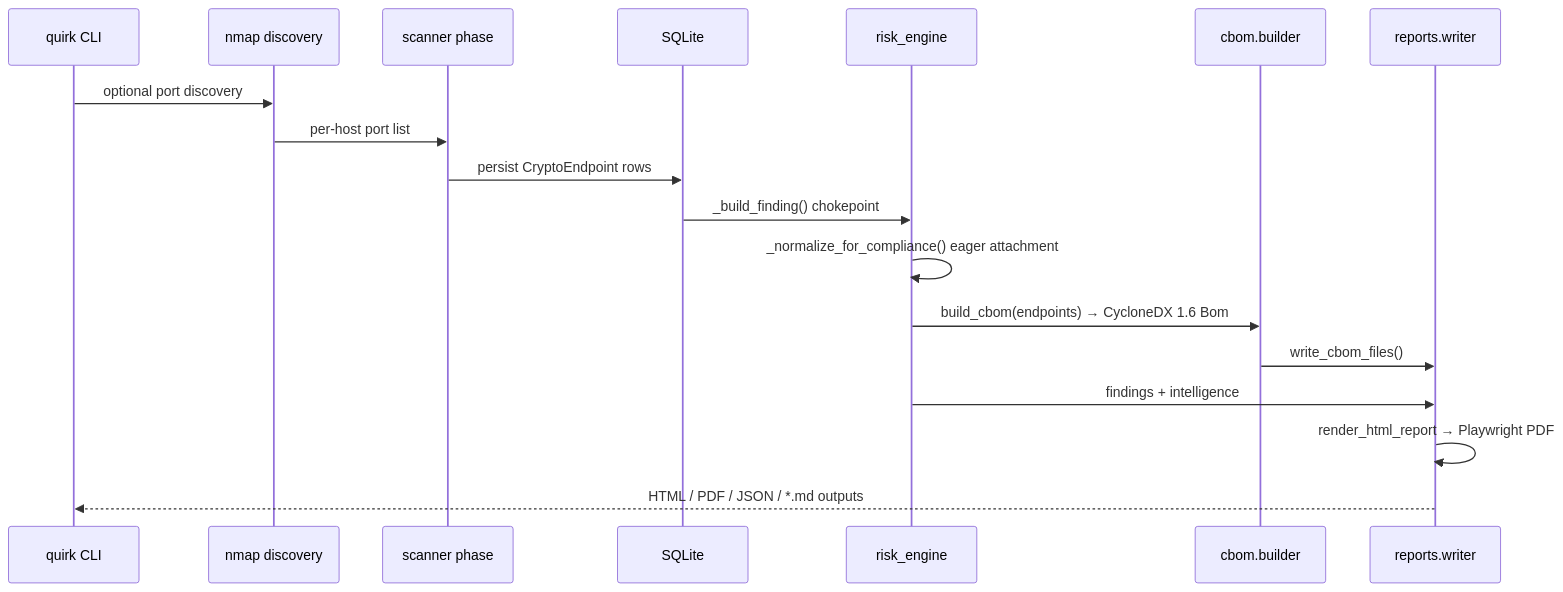
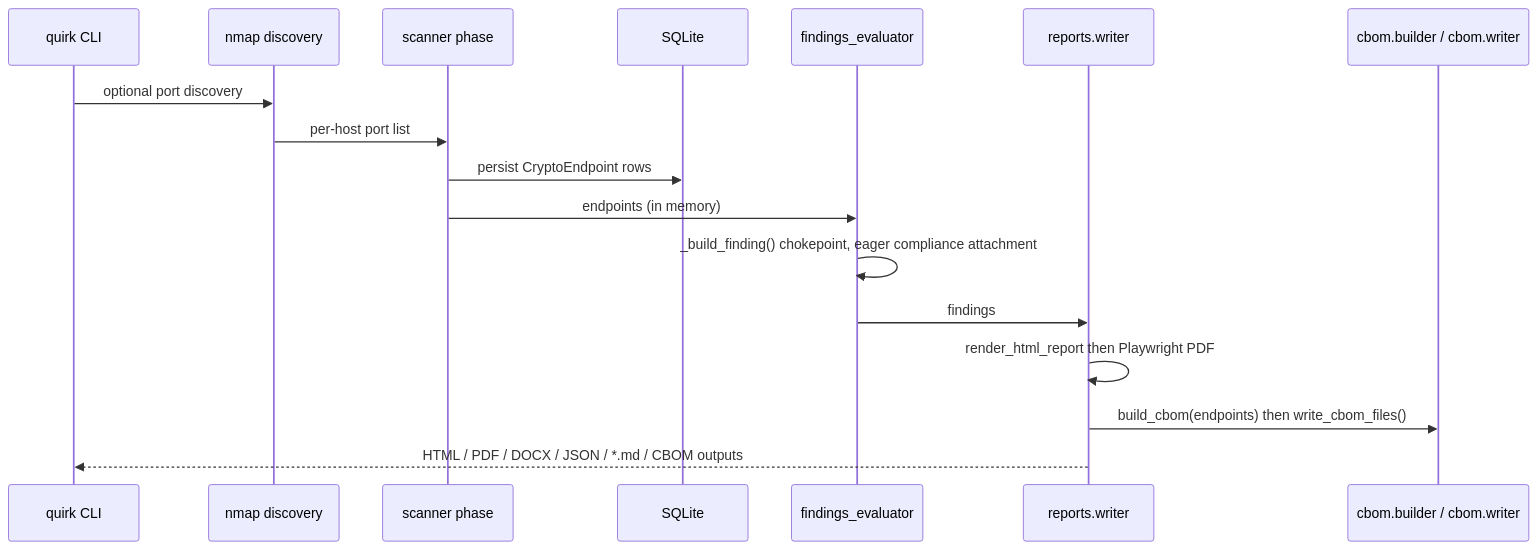
One commit to 0xD1g5/QU.I.R.K changed the second of 3 diagrams in docs/architecture.md. Above: the diagram before and after it, drawn with Mermaid. The commit also changed other lines of this file and 186 other files, not shown here.

````diff
--- a/docs/architecture.md
+++ b/docs/architecture.md
@@ -96,20 +102,19 @@
 ```mermaid
 sequenceDiagram
   participant CLI as quirk CLI
   participant Disc as nmap discovery
   participant Scan as scanner phase
   participant DB as SQLite
-  participant Risk as risk_engine
-  participant CBOM as cbom.builder
+  participant Risk as findings_evaluator
   participant Rep as reports.writer
+  participant CBOM as cbom.builder / cbom.writer
   CLI->>Disc: optional port discovery
   Disc->>Scan: per-host port list
   Scan->>DB: persist CryptoEndpoint rows
-  DB->>Risk: _build_finding() chokepoint
-  Risk->>Risk: _normalize_for_compliance() eager attachment
-  Risk->>CBOM: build_cbom(endpoints) → CycloneDX 1.6 Bom
-  CBOM->>Rep: write_cbom_files()
-  Risk->>Rep: findings + intelligence
-  Rep->>Rep: render_html_report → Playwright PDF
-  Rep-->>CLI: HTML / PDF / JSON / *.md outputs
+  Scan->>Risk: endpoints (in memory)
+  Risk->>Risk: _build_finding() chokepoint, eager compliance attachment
+  Risk->>Rep: findings
+  Rep->>Rep: render_html_report then Playwright PDF
+  Rep->>CBOM: build_cbom(endpoints) then write_cbom_files()
+  Rep-->>CLI: HTML / PDF / DOCX / JSON / *.md / CBOM outputs
 ```
````
